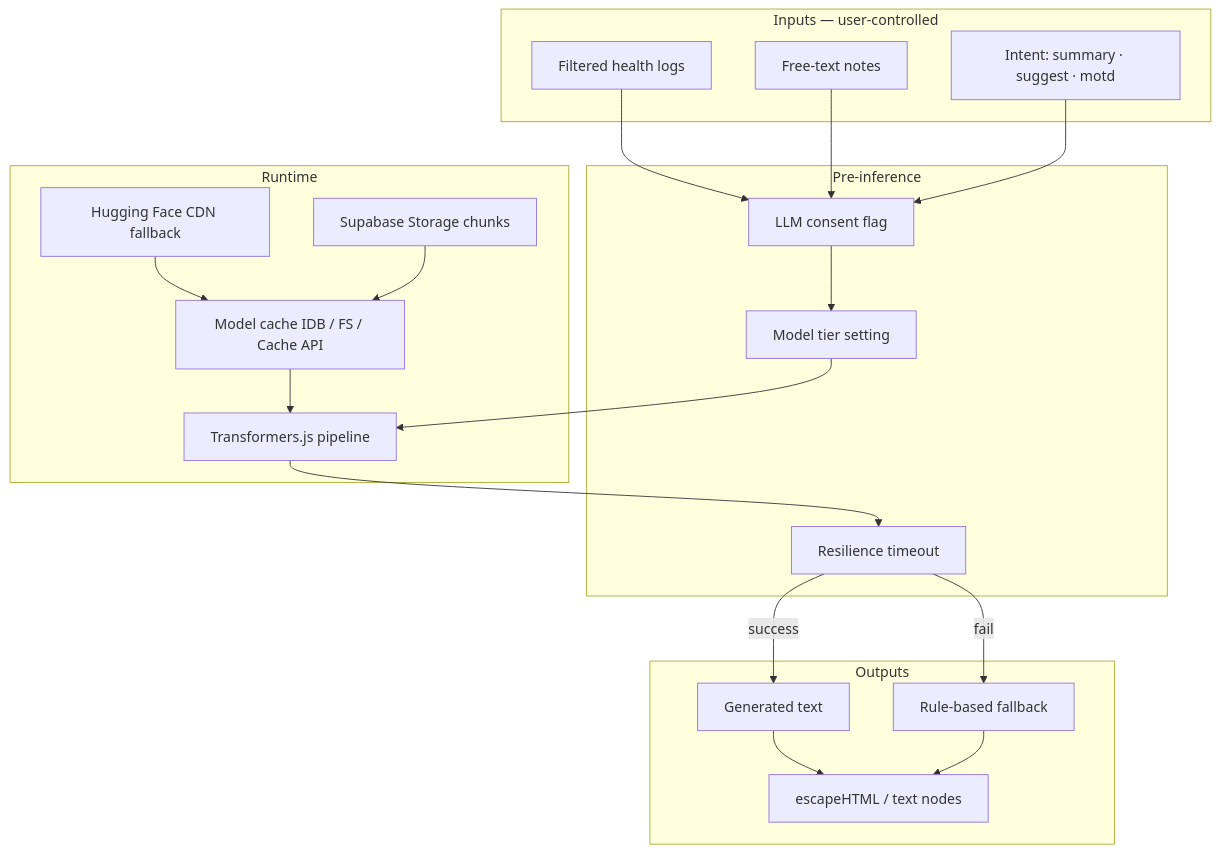
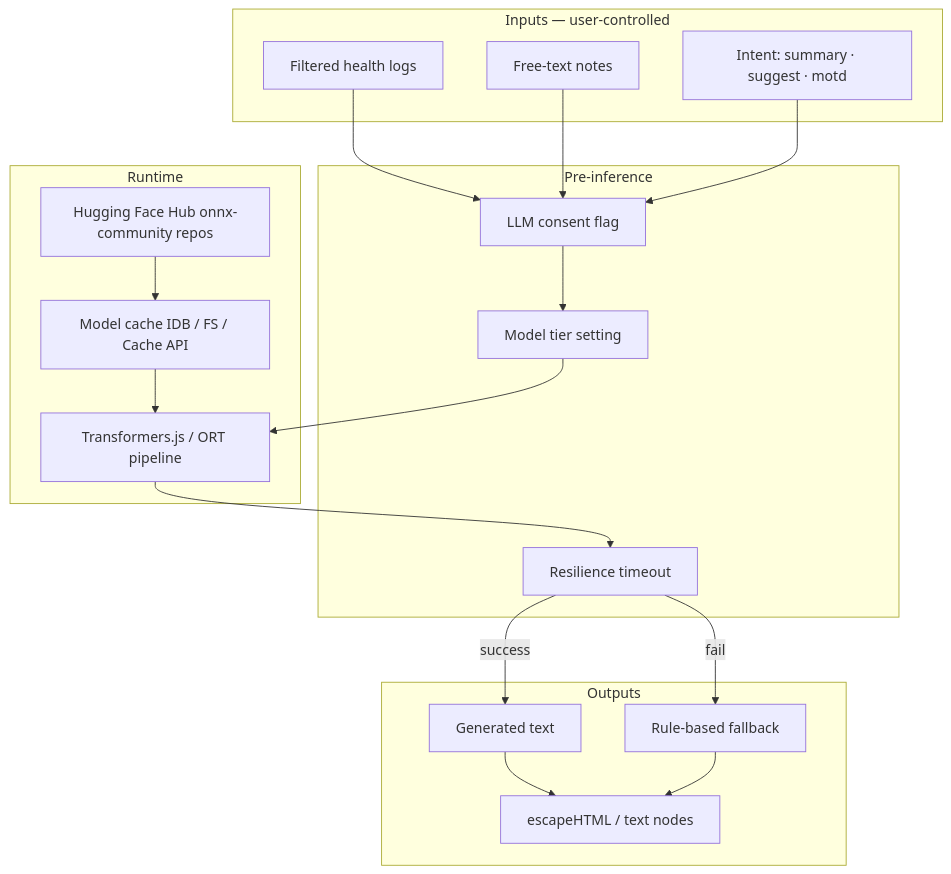
Before and after one commit to Metaheurist/Rianell: the diagram in docs/ai-security.md, drawn with Mermaid. The commit also changed other lines of this file and 27 other files, not shown here.

````diff
--- a/docs/ai-security.md
+++ b/docs/ai-security.md
@@ -25,40 +25,38 @@
 ```mermaid
 flowchart TB
   subgraph inputs [Inputs — user-controlled]
     Logs[Filtered health logs]
     Notes[Free-text notes]
     Intent[Intent: summary · suggest · motd]
   end
 
   subgraph guard [Pre-inference]
     Consent[LLM consent flag]
     Tier[Model tier setting]
     Timeout[Resilience timeout]
   end
 
   subgraph runtime [Runtime]
-    TJ[Transformers.js pipeline]
+    TJ[Transformers.js / ORT pipeline]
     Cache[Model cache IDB / FS / Cache API]
-    SB[Supabase Storage chunks]
-    HF[Hugging Face CDN fallback]
+    HF[Hugging Face Hub onnx-community repos]
   end
 
   subgraph outputs [Outputs]
     Text[Generated text]
     Fallback[Rule-based fallback]
     UI[escapeHTML / text nodes]
   end
 
   Logs --> Consent
   Notes --> Consent
   Intent --> Consent
   Consent --> Tier
   Tier --> TJ
   HF --> Cache --> TJ
-  SB --> Cache
   TJ --> Timeout
   Timeout -->|success| Text
   Timeout -->|fail| Fallback
   Text --> UI
   Fallback --> UI
 ```
````
